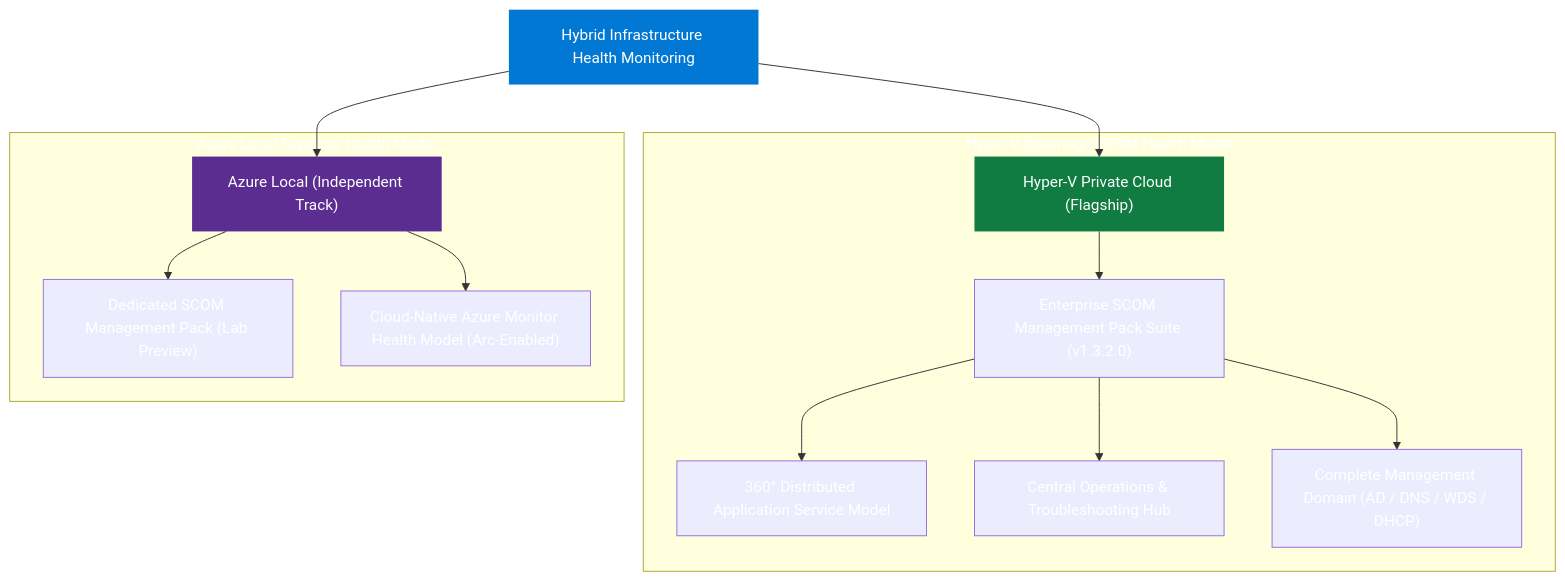
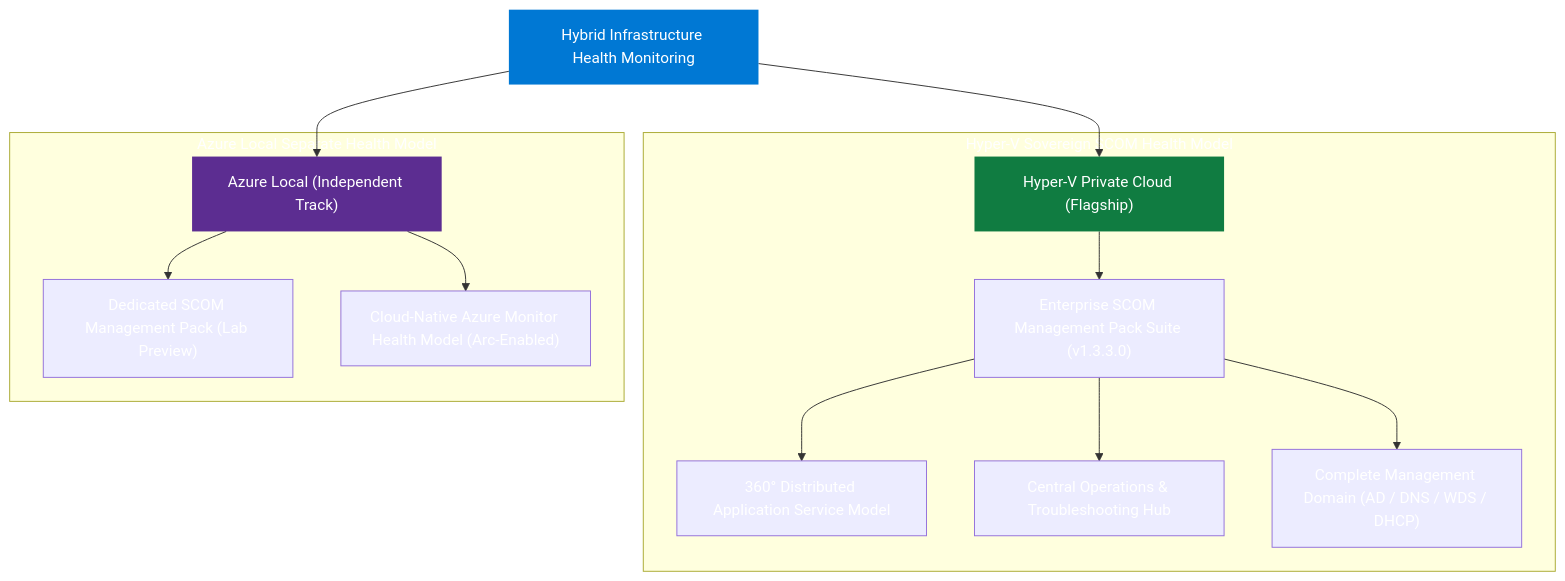
Before and after one commit to Hybrid-Solutions-Cloud/hybrid-health-monitoring: the diagram in docs/index.md, drawn with Mermaid. The commit also changed other lines of this file and 46 other files, not shown here.

First line of the commit message:
feat(release): publish 1.3.3.0 with the ModuleTypes schema fix AB#7319

````diff
--- a/docs/index.md
+++ b/docs/index.md
@@ -54,22 +54,22 @@
 ```mermaid
 graph TD
     Root["Hybrid Infrastructure Health Monitoring"]:::root
     Root --> HV["Hyper-V Private Cloud (Flagship)"]:::flagship
     Root --> AzL["Azure Local (Independent Track)"]:::independent
 
     subgraph HVTrack["Hyper-V Sovereign SCOM Health Model"]
-        HV --> HVS["Enterprise SCOM Management Pack Suite (v1.3.2.0)"]
+        HV --> HVS["Enterprise SCOM Management Pack Suite (v1.3.3.0)"]
         HVS --> HVDA["360° Distributed Application Service Model"]
         HVS --> HVOps["Central Operations & Troubleshooting Hub"]
         HVS --> HVMgmt["Complete Management Domain (AD / DNS / WDS / DHCP)"]
     end
 
     subgraph AzLTrack["Azure Local Separate Health Model"]
         AzL --> AzLS["Dedicated SCOM Management Pack (Lab Preview)"]
         AzL --> AzLA["Cloud-Native Azure Monitor Health Model (Arc-Enabled)"]
     end
 
     classDef root fill:#0078D4,color:#fff,stroke:none
     classDef flagship fill:#107c41,color:#fff,stroke:none
     classDef independent fill:#5c2d91,color:#fff,stroke:none
 ```
````
